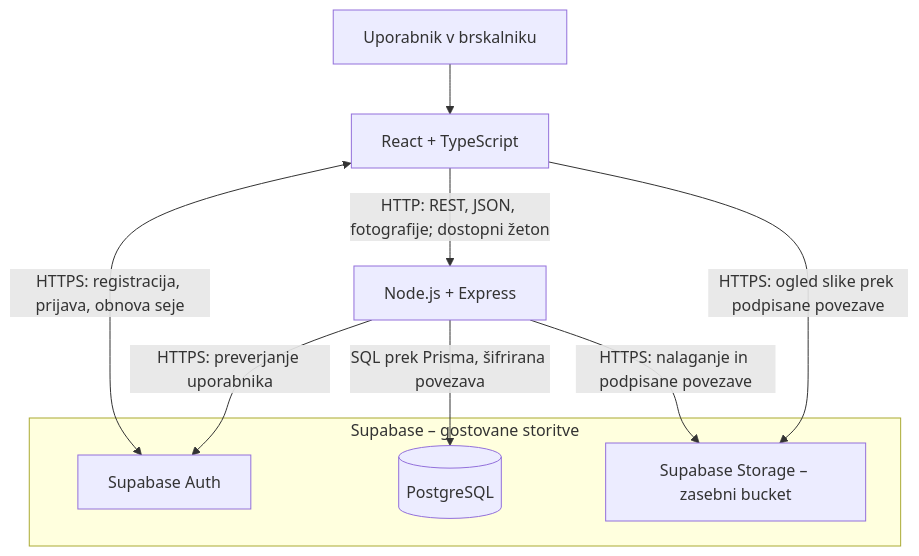
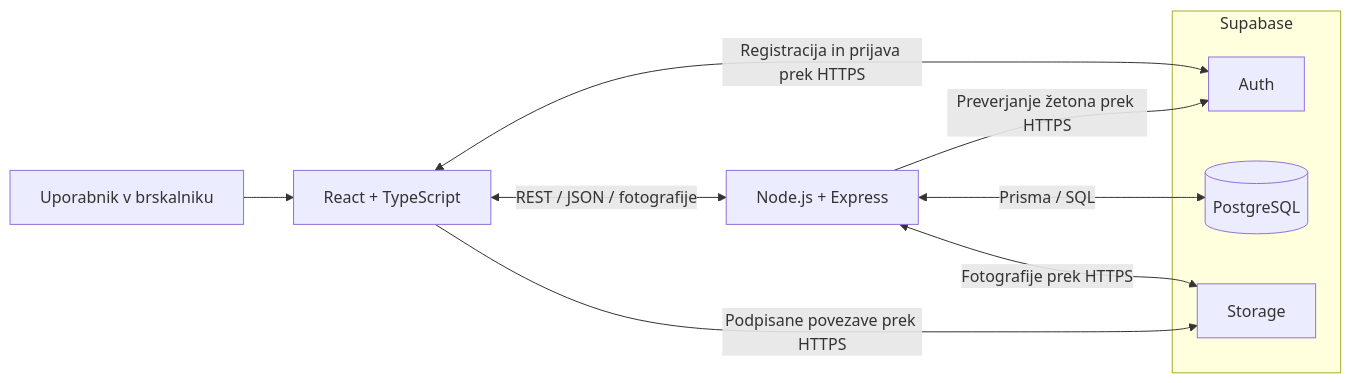
The diagram in docs/04-arhitektura-in-tehnoloski-sklad.md (AnjaTodorov/RIRS), drawn with Mermaid before and after one commit. The commit also changed other lines of this file and 10 other files, not shown here.

````diff
--- a/docs/04-arhitektura-in-tehnoloski-sklad.md
+++ b/docs/04-arhitektura-in-tehnoloski-sklad.md
@@ -35,15 +21,15 @@
 ```mermaid
-flowchart TD
-    U["Uporabnik v brskalniku"] --> F["React + TypeScript"]
-    F -->|"HTTP: REST, JSON, fotografije; dostopni žeton"| B["Node.js + Express"]
-    subgraph S["Supabase – gostovane storitve"]
-        A["Supabase Auth"]
-        D[("PostgreSQL")]
-        P["Supabase Storage – zasebni bucket"]
+flowchart LR
+    U[Uporabnik v brskalniku] --> F[React + TypeScript]
+    F <-->|REST / JSON / fotografije| B[Node.js + Express]
+    subgraph S[Supabase]
+        A[Auth]
+        D[(PostgreSQL)]
+        P[Storage]
     end
-    F <-->|"HTTPS: registracija, prijava, obnova seje"| A
-    B -->|"HTTPS: preverjanje uporabnika"| A
-    B -->|"SQL prek Prisma, šifrirana povezava"| D
-    B -->|"HTTPS: nalaganje in podpisane povezave"| P
-    F -->|"HTTPS: ogled slike prek podpisane povezave"| P
+    F <-->|Registracija in prijava prek HTTPS| A
+    B -->|Preverjanje žetona prek HTTPS| A
+    B <-->|Prisma / SQL| D
+    B <-->|Fotografije prek HTTPS| P
+    F -->|Podpisane povezave prek HTTPS| P
 ```
````
